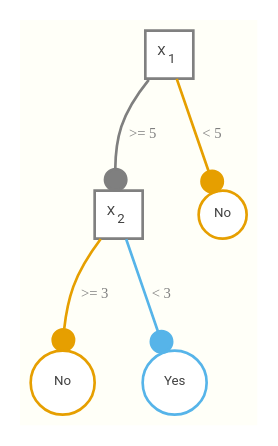
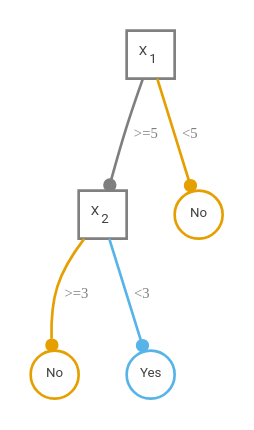
The diagram in img/tree.dot (m-clark/book-of-models), drawn with Graphviz before and after one commit. The commit also changed 58 other files, not shown here.

```diff
--- a/img/tree.dot
+++ b/img/tree.dot
@@ -1,18 +1,18 @@
 digraph tree {
-  graph [rankdir = TD  bgcolor="#fffff8"]
+  graph [rankdir = TD]
 
   node [shape = rectangle, style=filled, fillcolor=white, color=gray, width=.75 fontname=Helvetica]
 
   node [fontcolor=gray25 fontname=Roboto fixedsize=true fontsize=5]
   X1[width=.25 height=.25 label = <X<sub>1</sub> >];
   X2 [width=.25 height=.25 label = <X<sub>2</sub> >]; 
   No1 [label="No" shape=circle color="#E69F00" width=.25]; 
-  No2 [label="No" shape=circle color="#E69F00" width=.33]; 
-  Yes [ shape=circle color="#56B4E9" width=.33];
+  No2 [label="No" shape=circle color="#E69F00" width=.25]; 
+  Yes [ shape=circle color="#56B4E9" width=.25];
 
-  edge [color=gray50 arrowhead=dot]
-  X1 -> No1 [label = " < 5", fontcolor="gray50" fontsize=5.5 color="#E69F00"];
-  X1 -> X2 [label = " >= 5", fontcolor="gray50" fontsize=5.5];
-  X2 -> No2 [label = " >= 3", fontcolor="gray50" fontsize=5.5 color="#E69F00"];
-  X2 -> Yes [label = " < 3", fontcolor="gray50" fontsize=5.5 color="#56B4E9"];
+  edge [color=gray50 arrowhead=dot arrowsize=.5 fontname="Roboto Mono"]
+  X1 -> No1 [label = "  <5", fontcolor="gray50" fontsize=5.5 color="#E69F00"];
+  X1 -> X2 [label = "  >=5", fontcolor="gray50" fontsize=5.5];
+  X2 -> No2 [label = "  >=3", fontcolor="gray50" fontsize=5.5 color="#E69F00"];
+  X2 -> Yes [label = "  <3", fontcolor="gray50" fontsize=5.5 color="#56B4E9"];
 }
```
